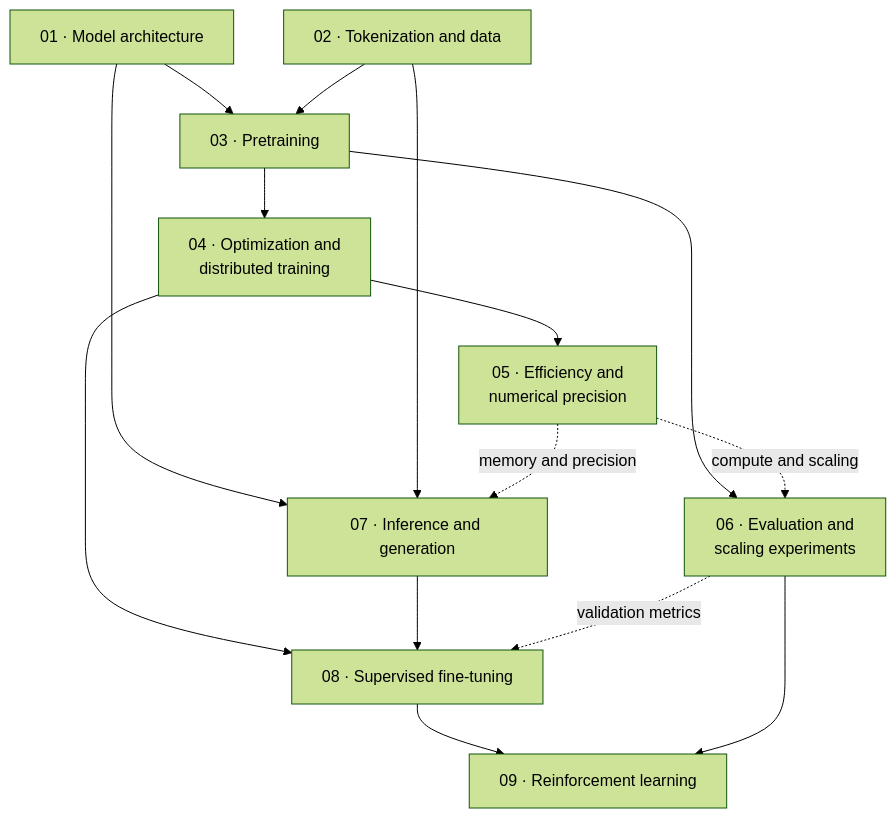
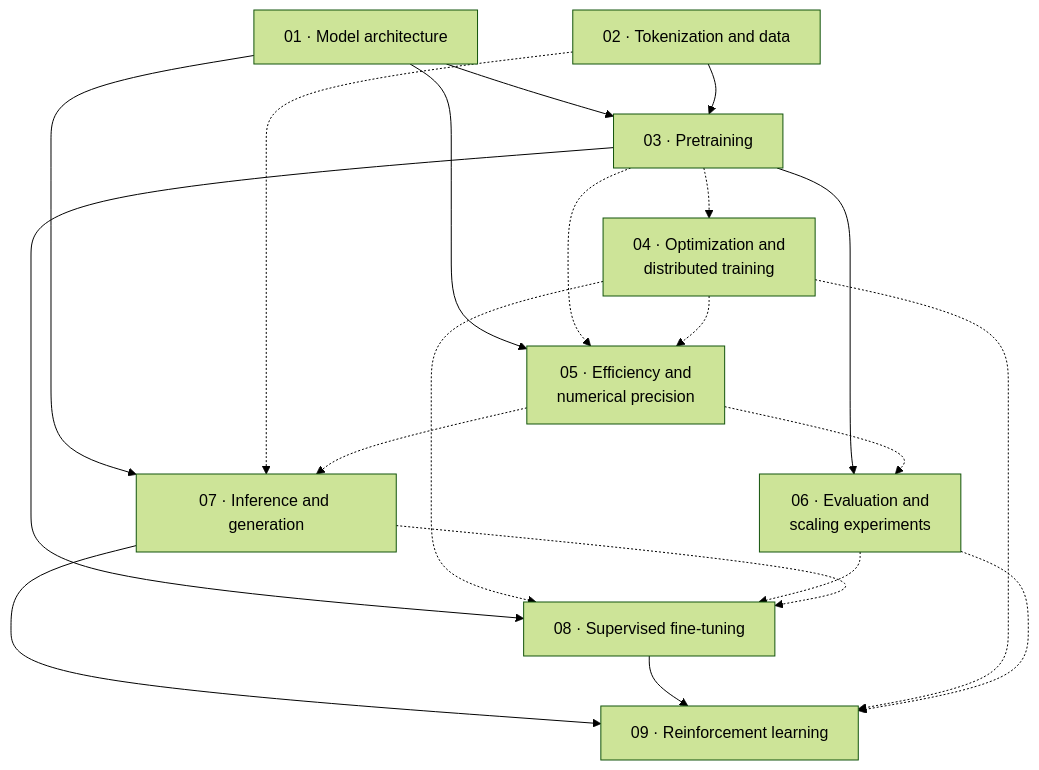
One commit to rifath95/llm-training-lab changed the diagram in nanochat-guide/00-NANOCHAT_LEARNING_ROADMAP.md. Above: the diagram before and after it, drawn with Mermaid (forest theme). The commit also changed other lines of this file and 2 other files, not shown here.

Commit message:
refactor: clarify prerequisites and learning paths in roadmap

````diff
--- a/nanochat-guide/00-NANOCHAT_LEARNING_ROADMAP.md
+++ b/nanochat-guide/00-NANOCHAT_LEARNING_ROADMAP.md
@@ -117,30 +122,33 @@
 ```mermaid
 flowchart TD
     C1["01 · Model architecture"]
     C2["02 · Tokenization and data"]
     C3["03 · Pretraining"]
     C4["04 · Optimization and<br/>distributed training"]
     C5["05 · Efficiency and<br/>numerical precision"]
     C6["06 · Evaluation and<br/>scaling experiments"]
     C7["07 · Inference and generation"]
     C8["08 · Supervised fine-tuning"]
     C9["09 · Reinforcement learning"]
 
     C1 --> C3
     C2 --> C3
-    C3 --> C4
-    C4 --> C5
+    C1 --> C5
     C3 --> C6
+    C1 --> C7
+    C3 --> C8
+    C7 --> C9
+    C8 --> C9
 
-    C1 --> C7
-    C2 --> C7
-    C5 -. memory and precision .-> C7
-    C5 -. compute and scaling .-> C6
-
-    C4 --> C8
-    C7 --> C8
-    C6 -. validation metrics .-> C8
-
-    C8 --> C9
-    C6 --> C9
+    C3 -.-> C4
+    C3 -.-> C5
+    C4 -.-> C5
+    C2 -.-> C7
+    C5 -.-> C7
+    C5 -.-> C6
+    C4 -.-> C8
+    C6 -.-> C8
+    C7 -.-> C8
+    C4 -.-> C9
+    C6 -.-> C9
 ```
````
